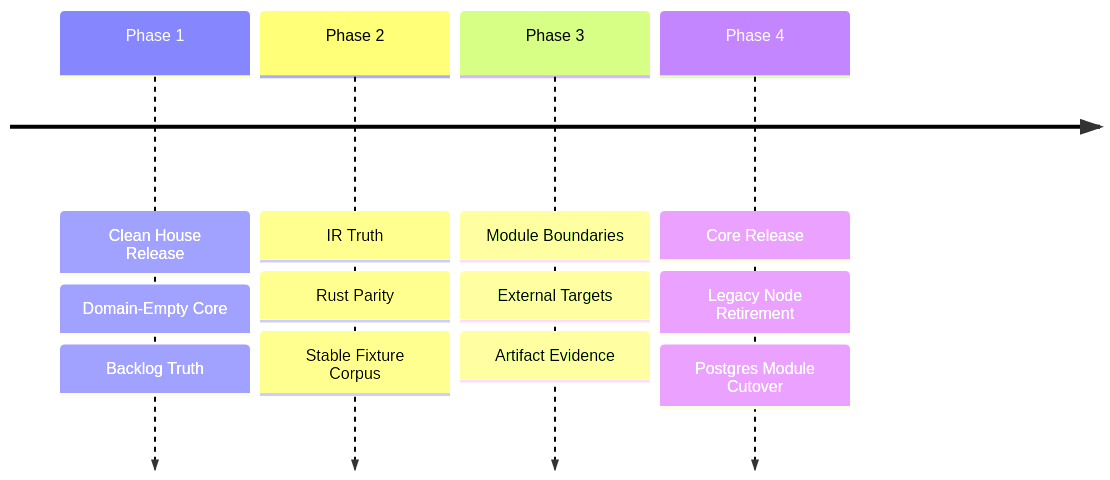
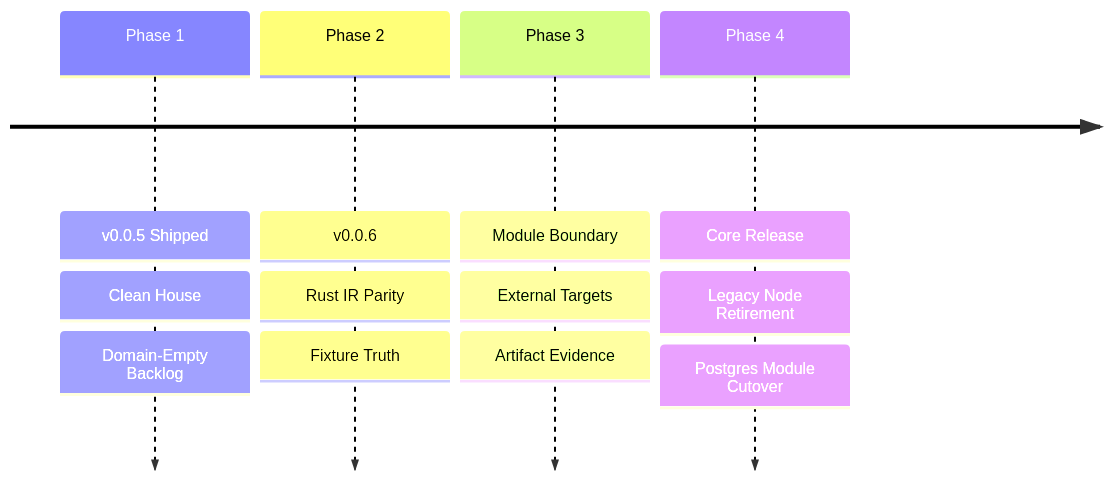
Before and after one commit to flyingrobots/wesley: the diagram in docs/BEARING.md, drawn with Mermaid. The commit also changed other lines of this file and 19 other files, not shown here.

Commit message:
feat(ir): expand parity fixture coverage

````diff
--- a/docs/BEARING.md
+++ b/docs/BEARING.md
@@ -7,7 +7,7 @@
 ```mermaid
 timeline
-    Phase 1 : Clean House Release : Domain-Empty Core : Backlog Truth
-    Phase 2 : IR Truth : Rust Parity : Stable Fixture Corpus
-    Phase 3 : Module Boundaries : External Targets : Artifact Evidence
+    Phase 1 : v0.0.5 Shipped : Clean House : Domain-Empty Backlog
+    Phase 2 : v0.0.6 : Rust IR Parity : Fixture Truth
+    Phase 3 : Module Boundary : External Targets : Artifact Evidence
     Phase 4 : Core Release : Legacy Node Retirement : Postgres Module Cutover
 ```
````
